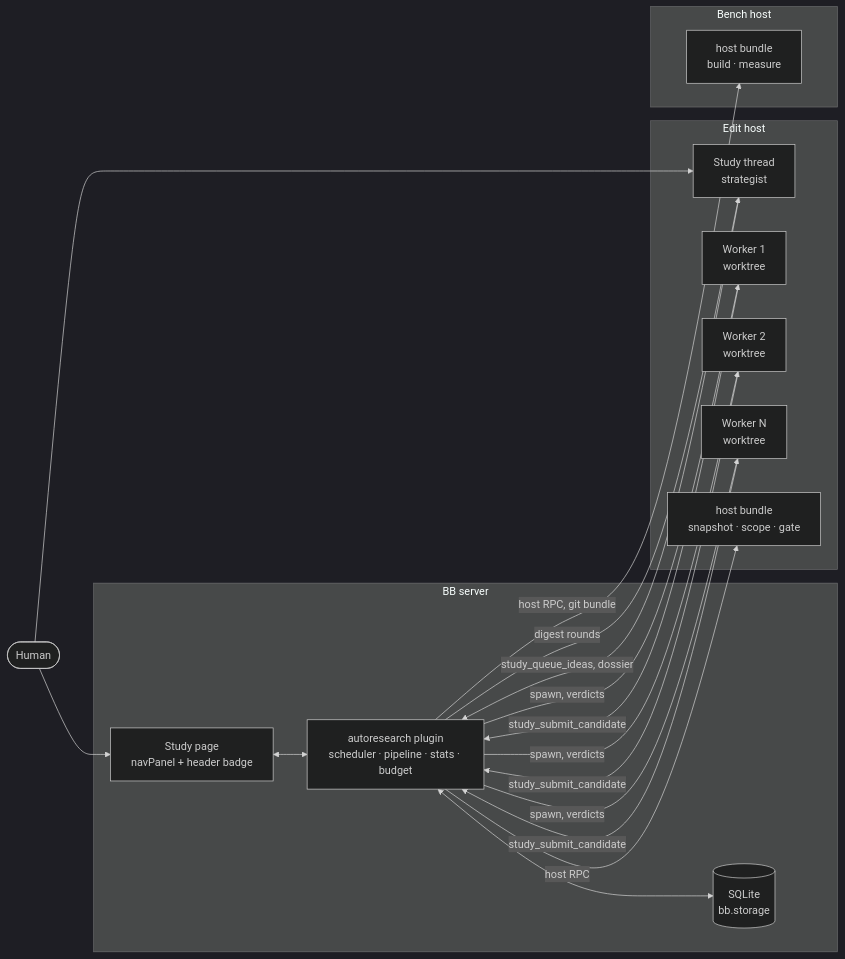
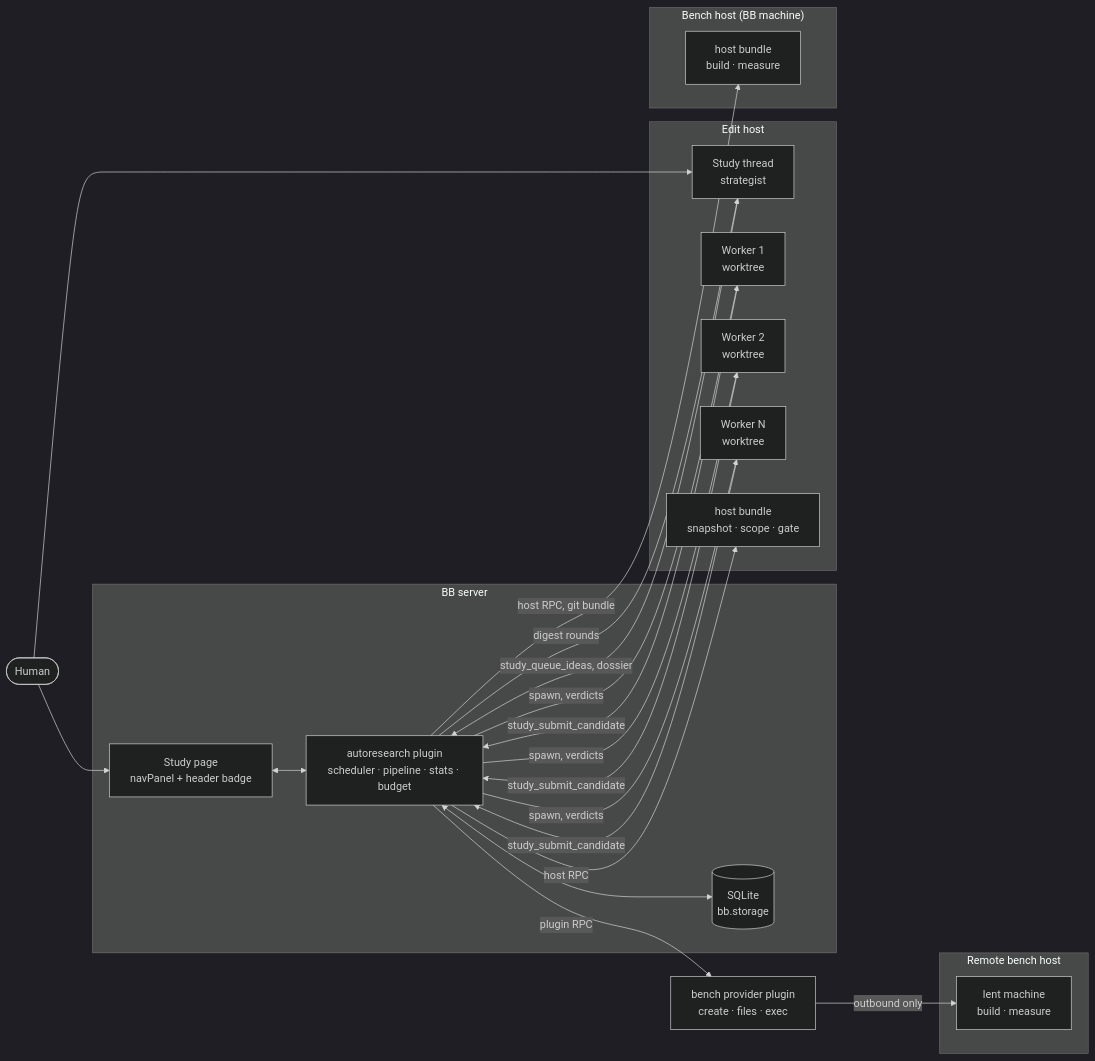
Before and after one commit to pascal-de-ladurantaye/bb-autoresearch: the first of 3 diagrams in docs/design.md, drawn with Mermaid (dark theme). The commit also changed other lines of this file and 15 other files, not shown here.

````diff
--- a/docs/design.md
+++ b/docs/design.md
@@ -98,29 +103,35 @@
 ```mermaid
 flowchart LR
   human([Human])
   subgraph bbserver["BB server"]
     plugin["autoresearch plugin<br/>scheduler · pipeline · stats · budget"]
     db[("SQLite<br/>bb.storage")]
     ui["Study page<br/>navPanel + header badge"]
   end
   subgraph edit["Edit host"]
     st["Study thread<br/>strategist"]
     w1["Worker 1<br/>worktree"]
     w2["Worker 2<br/>worktree"]
     w3["Worker N<br/>worktree"]
     ehost["host bundle<br/>snapshot · scope · gate"]
   end
-  subgraph bench["Bench host"]
+  subgraph bench["Bench host (BB machine)"]
     bhost["host bundle<br/>build · measure"]
+  end
+  provider["bench provider plugin<br/>create · files · exec"]
+  subgraph remote["Remote bench host"]
+    rm["lent machine<br/>build · measure"]
   end
   human --> ui
   human --> st
   ui <--> plugin
   plugin <--> db
   plugin -- spawn, verdicts --> w1 & w2 & w3
   w1 & w2 & w3 -- study_submit_candidate --> plugin
   plugin -- digest rounds --> st
   st -- study_queue_ideas, dossier --> plugin
   plugin -- host RPC --> ehost
   plugin -- host RPC, git bundle --> bhost
+  plugin -- plugin RPC --> provider
+  provider -- outbound only --> rm
 ```
````
